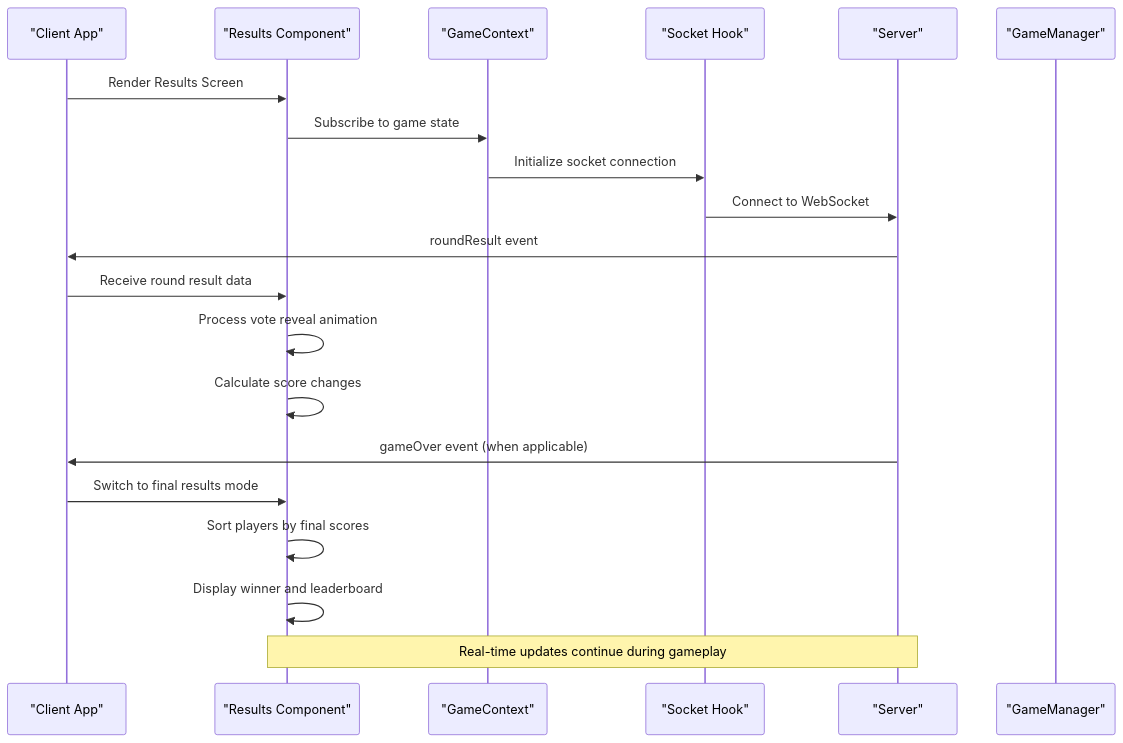
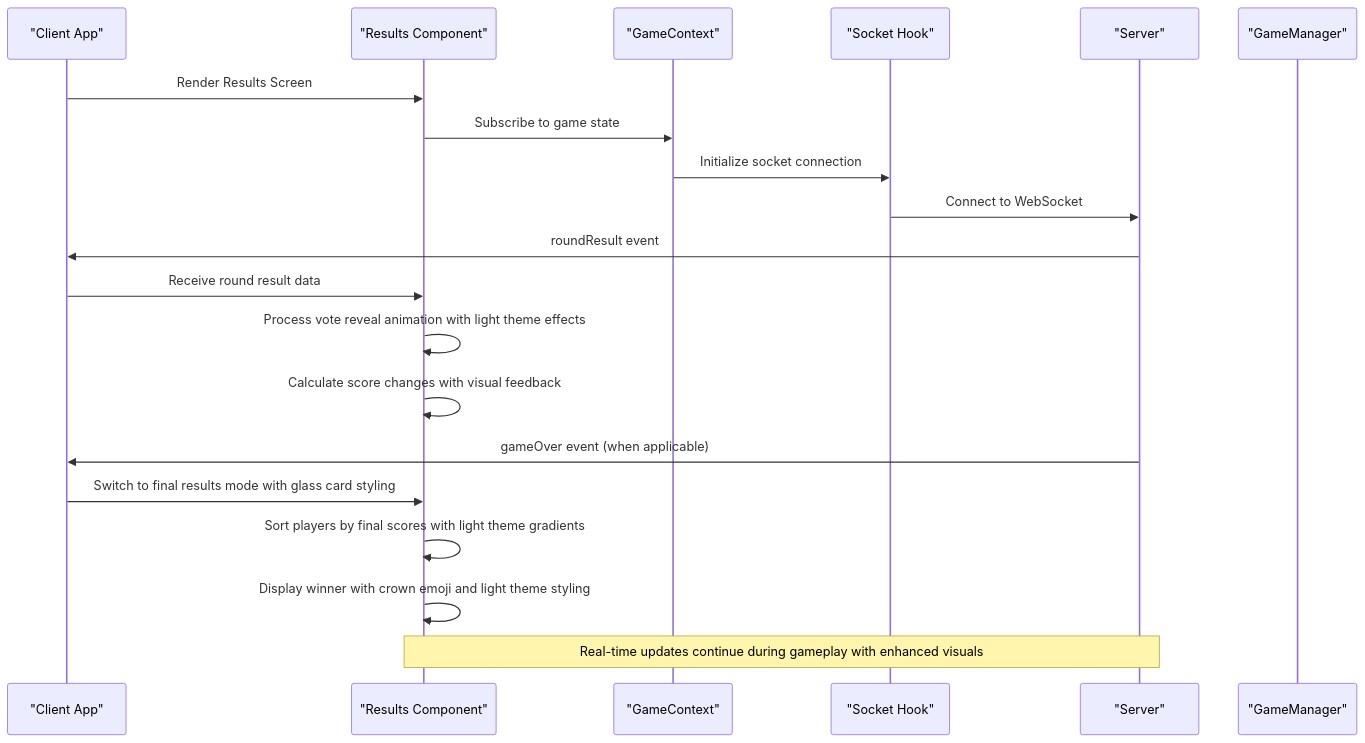
The second of 8 diagrams in .qoder/repowiki/en/content/Game Screens and UI Components/Results Screen.md (sparshgupta001/imposter_game), drawn with Mermaid before and after one commit. The commit also changed other lines of this file and 22 other files, not shown here.

````diff
--- a/.qoder/repowiki/en/content/Game Screens and UI Components/Results Screen.md
+++ b/.qoder/repowiki/en/content/Game Screens and UI Components/Results Screen.md
@@ -111,22 +134,22 @@
 ```mermaid
 sequenceDiagram
 participant Client as "Client App"
 participant Results as "Results Component"
 participant GameCtx as "GameContext"
 participant Socket as "Socket Hook"
 participant Server as "Server"
 participant Manager as "GameManager"
 Client->>Results : Render Results Screen
 Results->>GameCtx : Subscribe to game state
 GameCtx->>Socket : Initialize socket connection
 Socket->>Server : Connect to WebSocket
 Server->>Client : roundResult event
 Client->>Results : Receive round result data
-Results->>Results : Process vote reveal animation
-Results->>Results : Calculate score changes
+Results->>Results : Process vote reveal animation with light theme effects
+Results->>Results : Calculate score changes with visual feedback
 Server->>Client : gameOver event (when applicable)
-Client->>Results : Switch to final results mode
-Results->>Results : Sort players by final scores
-Results->>Results : Display winner and leaderboard
-Note over Results,Server : Real-time updates continue during gameplay
+Client->>Results : Switch to final results mode with glass card styling
+Results->>Results : Sort players by final scores with light theme gradients
+Results->>Results : Display winner with crown emoji and light theme styling
+Note over Results,Server : Real-time updates continue during gameplay with enhanced visuals
 ```
````
